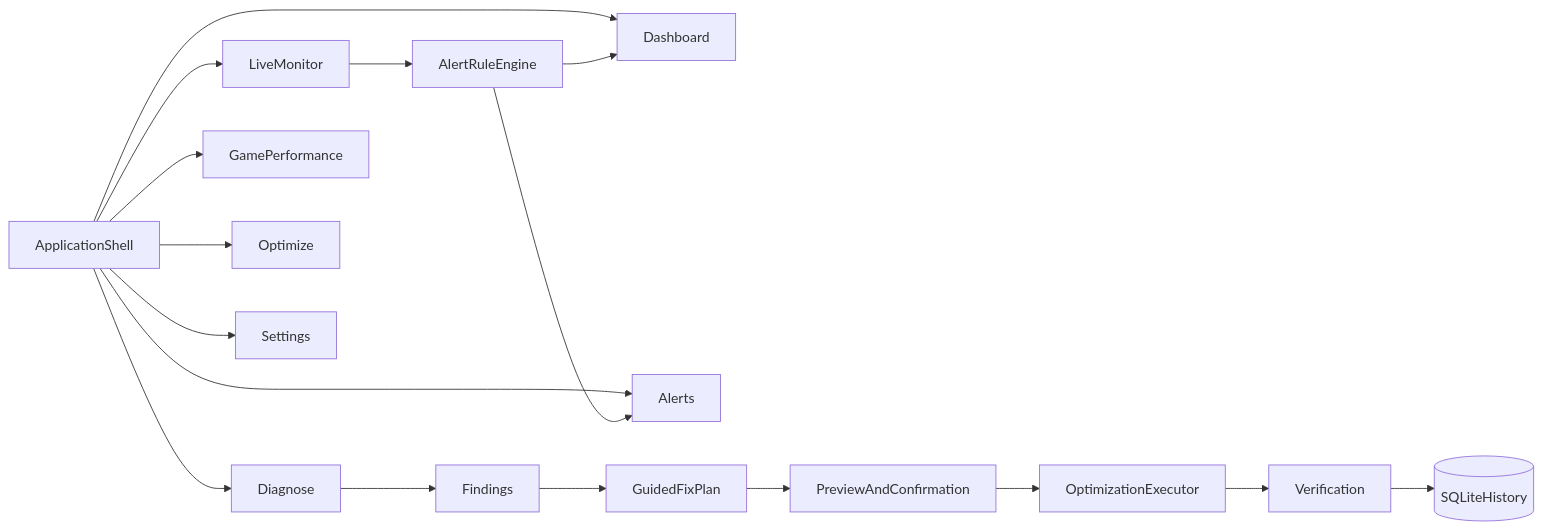
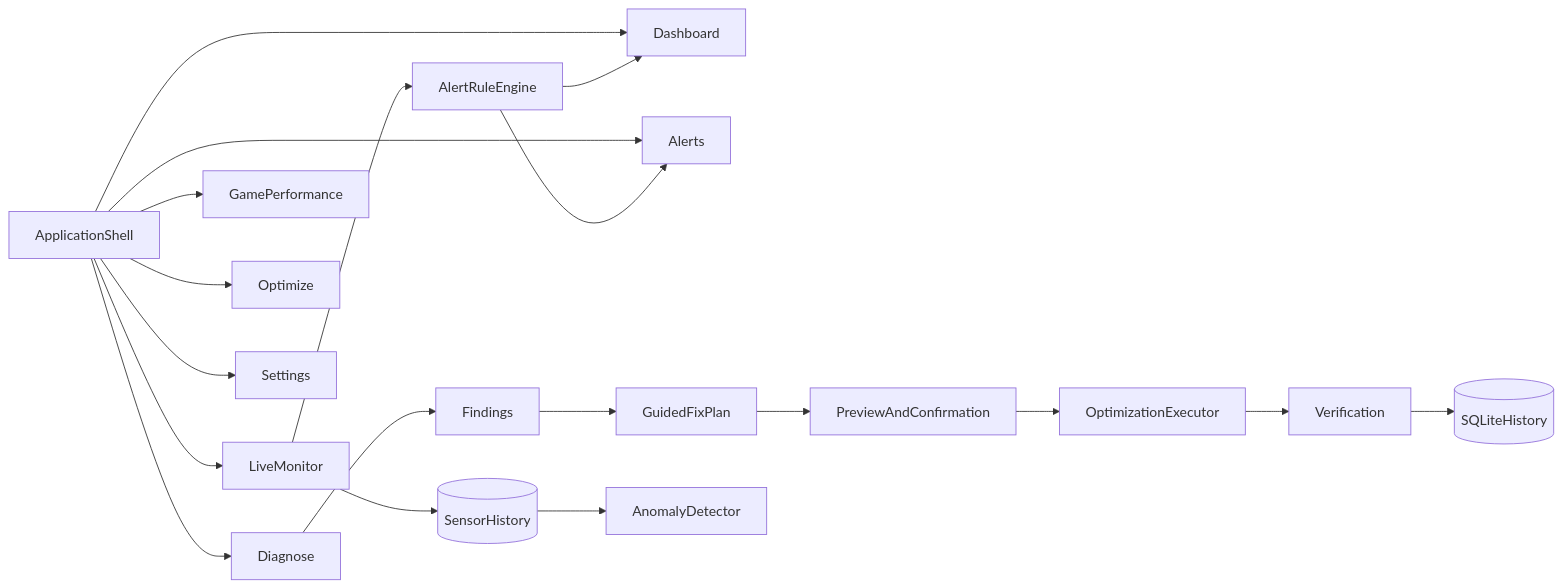
One commit to Drakonchik1/PatchGuard changed the diagram in docs/UX_ROADMAP.md. Above: the diagram before and after it, drawn with Mermaid. The commit also changed other lines of this file and 6 other files, not shown here.

First line of the commit message:
docs: add sprint plan and sync roadmaps with Phase 0-3 status

````diff
--- a/docs/UX_ROADMAP.md
+++ b/docs/UX_ROADMAP.md
@@ -97,19 +70,21 @@
 ```mermaid
 flowchart LR
     Shell[ApplicationShell] --> Dashboard
     Shell --> Diagnose
     Shell --> Monitor[LiveMonitor]
     Shell --> Performance[GamePerformance]
     Shell --> Optimize
     Shell --> Alerts
     Shell --> Settings
     Diagnose --> Findings
     Findings --> FixPlan[GuidedFixPlan]
     Monitor --> AlertRules[AlertRuleEngine]
     AlertRules --> Alerts
     AlertRules --> Dashboard
+    Monitor --> SensorHistory[(SensorHistory)]
+    SensorHistory --> MLAnomaly[AnomalyDetector]
     FixPlan --> SafetyGate[PreviewAndConfirmation]
     SafetyGate --> Executor[OptimizationExecutor]
     Executor --> Verification
     Verification --> History[(SQLiteHistory)]
 ```
````
